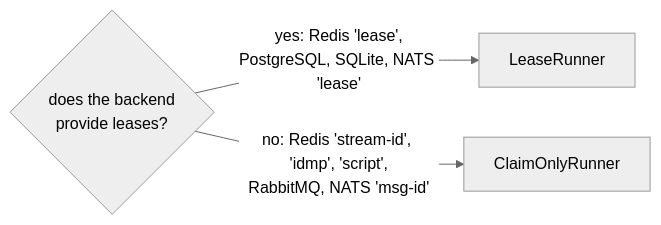
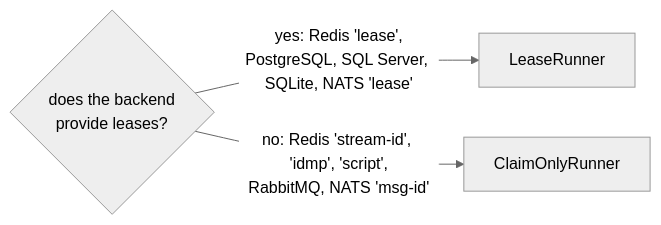
Before and after one commit to aristoteliss/anarchon-docs: the second of 2 diagrams in src/content/docs/internals/architecture.md, drawn with Mermaid (neutral theme). The commit also changed 18 other files, not shown here.

First line of the commit message:
Document the .NET SQL Server backend

````diff
--- a/src/content/docs/internals/architecture.md
+++ b/src/content/docs/internals/architecture.md
@@ -65,6 +65,6 @@
 ```mermaid
 flowchart LR
   backend{"does the backend<br/>provide leases?"}
-  backend -- "yes: Redis 'lease',<br/>PostgreSQL, SQLite, NATS 'lease'" --> lr["LeaseRunner"]
+  backend -- "yes: Redis 'lease',<br/>PostgreSQL, SQL Server, SQLite, NATS 'lease'" --> lr["LeaseRunner"]
   backend -- "no: Redis 'stream-id', 'idmp', 'script',<br/>RabbitMQ, NATS 'msg-id'" --> cr["ClaimOnlyRunner"]
 ```
````
